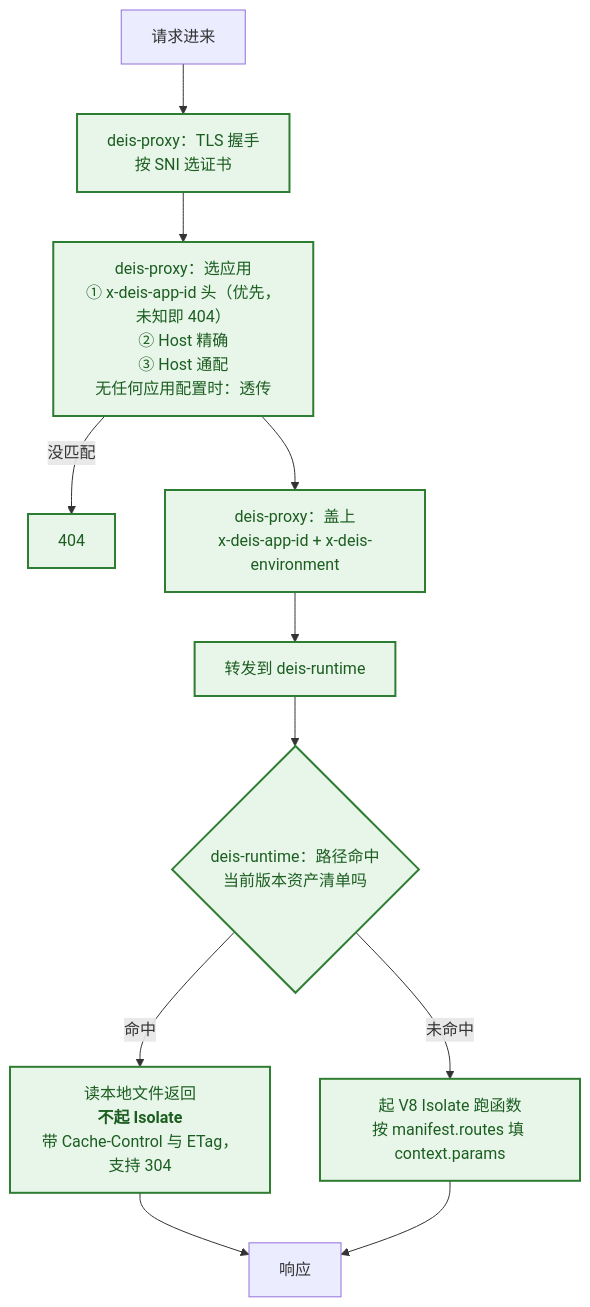
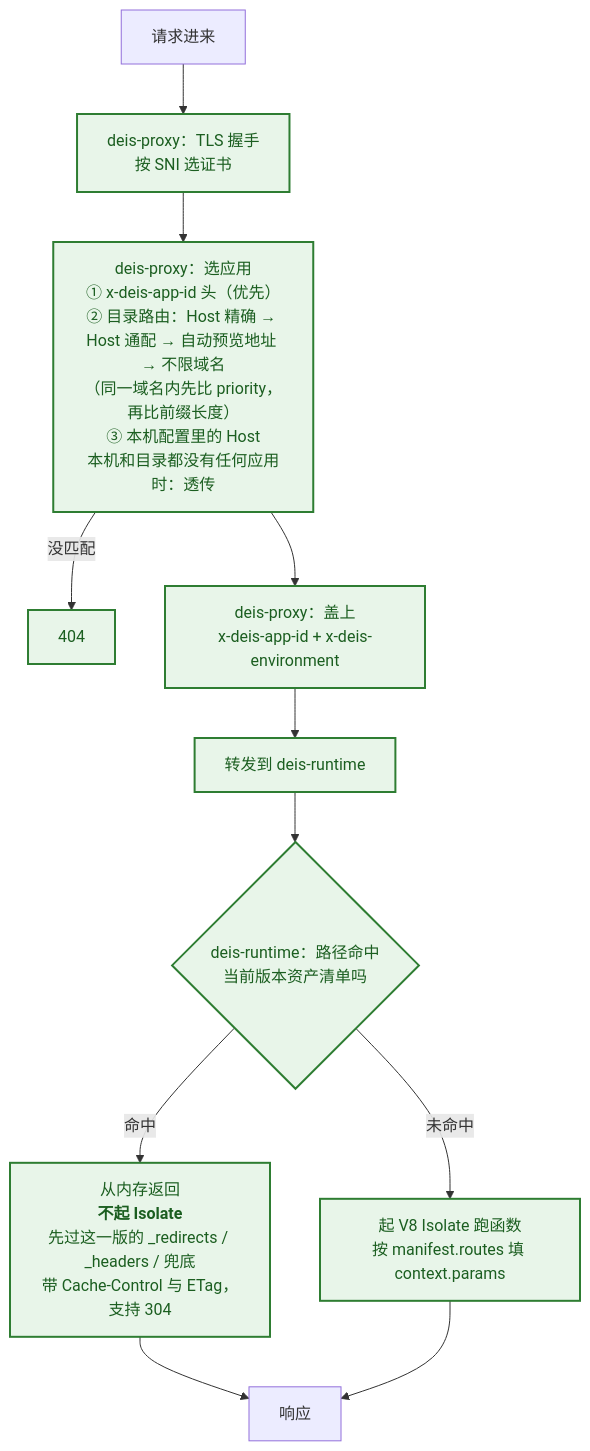
Before and after one commit to deislet/deislet: the fourth of 6 diagrams in docs/architecture.zh.md, drawn with Mermaid. The commit also changed other lines of this file and 17 other files, not shown here.

````diff
--- a/docs/architecture.zh.md
+++ b/docs/architecture.zh.md
@@ -281,17 +282,17 @@
 ```mermaid
 flowchart TB
     req["请求进来"] --> tls["deis-proxy：TLS 握手<br/>按 SNI 选证书"]
-    tls --> pick["deis-proxy：选应用<br/>① x-deis-app-id 头（优先，未知即 404）<br/>② Host 精确<br/>③ Host 通配<br/>无任何应用配置时：透传"]
+    tls --> pick["deis-proxy：选应用<br/>① x-deis-app-id 头（优先）<br/>② 目录路由：Host 精确 → Host 通配 → 自动预览地址 → 不限域名<br/>（同一域名内先比 priority，再比前缀长度）<br/>③ 本机配置里的 Host<br/>本机和目录都没有任何应用时：透传"]
     pick -->|没匹配| e404["404"]
     pick --> stamp["deis-proxy：盖上<br/>x-deis-app-id + x-deis-environment"]
     stamp --> fwd["转发到 deis-runtime"]
     fwd --> asset{"deis-runtime：路径命中<br/>当前版本资产清单吗"}
-    asset -->|命中| serve["读本地文件返回<br/><b>不起 Isolate</b><br/>带 Cache-Control 与 ETag，支持 304"]
+    asset -->|命中| serve["从内存返回<br/><b>不起 Isolate</b><br/>先过这一版的 _redirects / _headers / 兜底<br/>带 Cache-Control 与 ETag，支持 304"]
     asset -->|未命中| fn["起 V8 Isolate 跑函数<br/>按 manifest.routes 填 context.params"]
     serve --> done["响应"]
     fn --> done
 
     classDef done fill:#e8f5e9,stroke:#2e7d32,stroke-width:2px,color:#1b5e20
     classDef gap fill:#fff3e0,stroke:#e65100,stroke-width:2px,stroke-dasharray:4 3,color:#e65100
     class tls,pick,stamp,fwd,asset,serve,fn,e404 done
 ```
````
